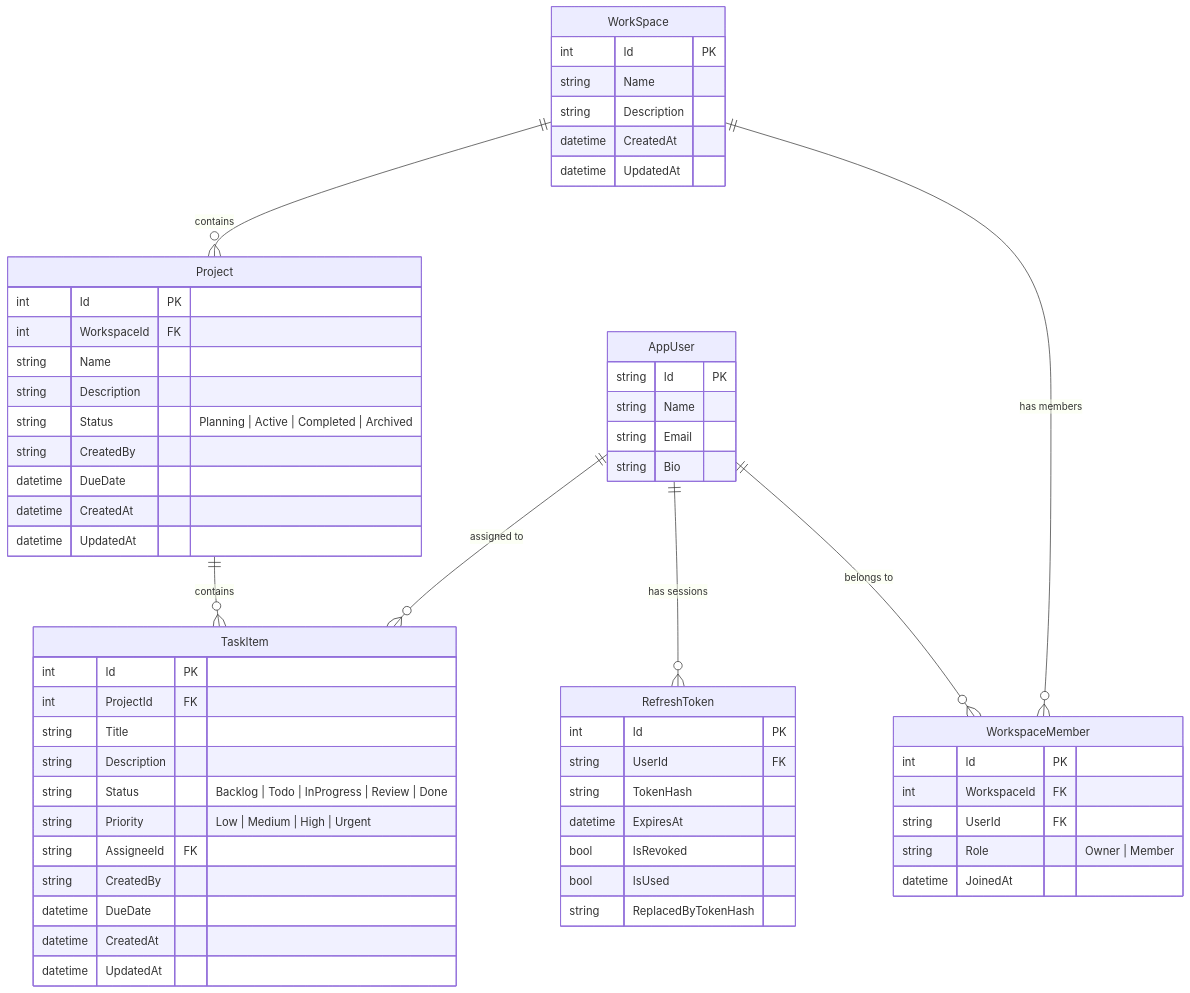
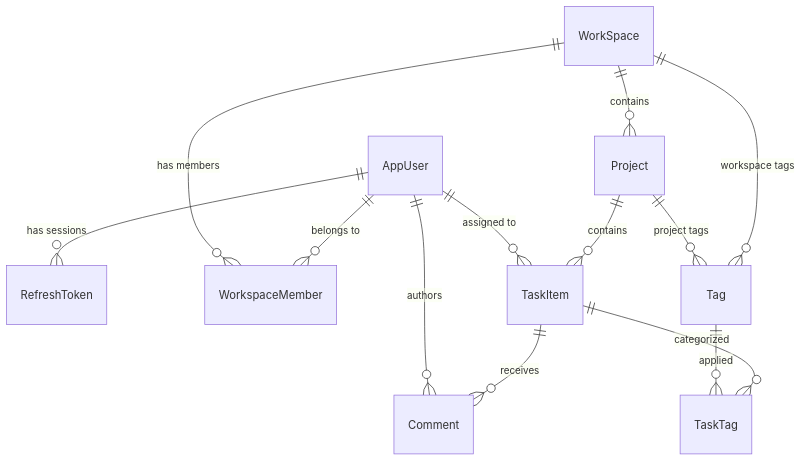
One commit to Clark605/ProjectHub changed the diagram in server/README.md. Above: the diagram before and after it, drawn with Mermaid. The commit also changed other lines of this file and 8 other files, not shown here.

````diff
--- a/server/README.md
+++ b/server/README.md
@@ -103,68 +117,15 @@
 ```mermaid
 erDiagram
     AppUser ||--o{ RefreshToken : "has sessions"
     AppUser ||--o{ WorkspaceMember : "belongs to"
     WorkSpace ||--o{ WorkspaceMember : "has members"
     WorkSpace ||--o{ Project : "contains"
+    WorkSpace ||--o{ Tag : "workspace tags"
+    Project ||--o{ Tag : "project tags"
     Project ||--o{ TaskItem : "contains"
+    TaskItem ||--o{ TaskTag : "categorized"
+    Tag ||--o{ TaskTag : "applied"
+    TaskItem ||--o{ Comment : "receives"
+    AppUser ||--o{ Comment : "authors"
     AppUser ||--o{ TaskItem : "assigned to"
-
-    AppUser {
-        string Id PK
-        string Name
-        string Email
-        string Bio
-    }
-
-    RefreshToken {
-        int Id PK
-        string UserId FK
-        string TokenHash
-        datetime ExpiresAt
-        bool IsRevoked
-        bool IsUsed
-        string ReplacedByTokenHash
-    }
-
-    WorkSpace {
-        int Id PK
-        string Name
-        string Description
-        datetime CreatedAt
-        datetime UpdatedAt
-    }
-
-    WorkspaceMember {
-        int Id PK
-        int WorkspaceId FK
-        string UserId FK
-        string Role "Owner | Member"
-        datetime JoinedAt
-    }
-
-    Project {
-        int Id PK
-        int WorkspaceId FK
-        string Name
-        string Description
-        string Status "Planning | Active | Completed | Archived"
-        string CreatedBy
-        datetime DueDate
-        datetime CreatedAt
-        datetime UpdatedAt
-    }
-
-    TaskItem {
-        int Id PK
-        int ProjectId FK
-        string Title
-        string Description
-        string Status "Backlog | Todo | InProgress | Review | Done"
-        string Priority "Low | Medium | High | Urgent"
-        string AssigneeId FK
-        string CreatedBy
-        datetime DueDate
-        datetime CreatedAt
-        datetime UpdatedAt
-    }
 ```
````
